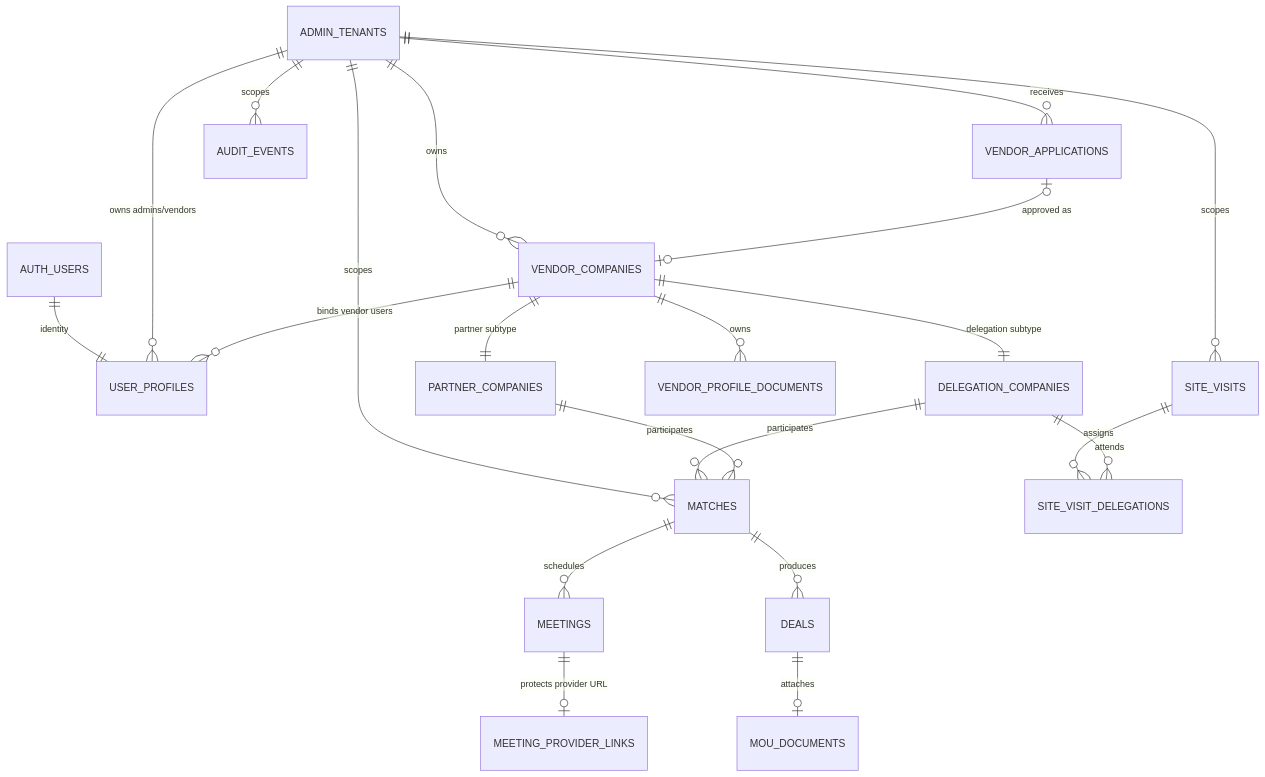
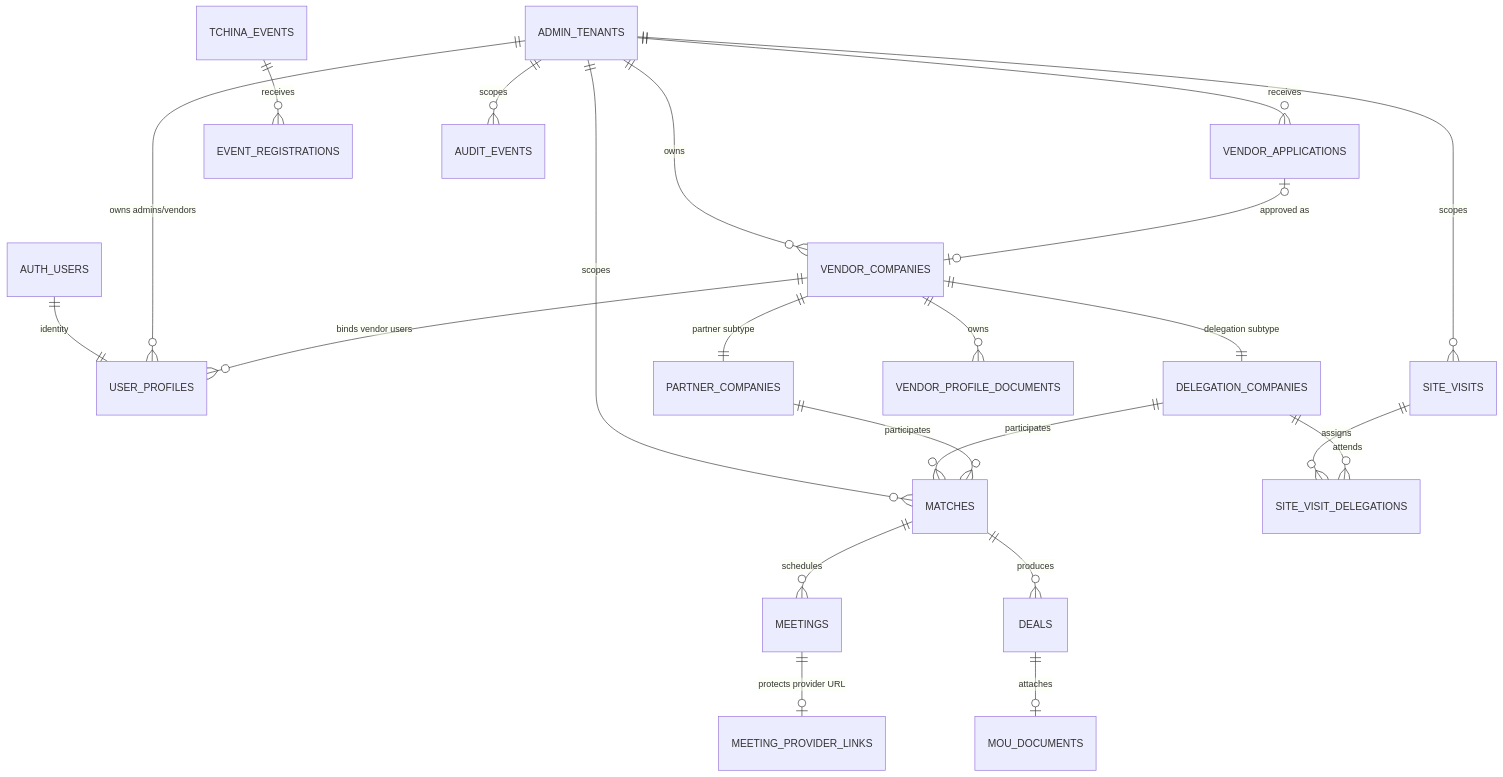
Before and after one commit to AGA-Ventures/plexus: the diagram in docs/architecture/database-schema.md, drawn with Mermaid. The commit also changed other lines of this file and 154 other files, not shown here.

````diff
--- a/docs/architecture/database-schema.md
+++ b/docs/architecture/database-schema.md
@@ -34,23 +37,24 @@
 ```mermaid
 erDiagram
     AUTH_USERS ||--|| USER_PROFILES : "identity"
     ADMIN_TENANTS ||--o{ USER_PROFILES : "owns admins/vendors"
     ADMIN_TENANTS ||--o{ VENDOR_COMPANIES : "owns"
     ADMIN_TENANTS ||--o{ VENDOR_APPLICATIONS : "receives"
+    TCHINA_EVENTS ||--o{ EVENT_REGISTRATIONS : "receives"
     VENDOR_APPLICATIONS o|--o| VENDOR_COMPANIES : "approved as"
     VENDOR_COMPANIES ||--|| DELEGATION_COMPANIES : "delegation subtype"
     VENDOR_COMPANIES ||--|| PARTNER_COMPANIES : "partner subtype"
     VENDOR_COMPANIES ||--o{ USER_PROFILES : "binds vendor users"
     VENDOR_COMPANIES ||--o{ VENDOR_PROFILE_DOCUMENTS : "owns"
     ADMIN_TENANTS ||--o{ MATCHES : "scopes"
     DELEGATION_COMPANIES ||--o{ MATCHES : "participates"
     PARTNER_COMPANIES ||--o{ MATCHES : "participates"
     MATCHES ||--o{ MEETINGS : "schedules"
     MEETINGS ||--o| MEETING_PROVIDER_LINKS : "protects provider URL"
     MATCHES ||--o{ DEALS : "produces"
     DEALS ||--o| MOU_DOCUMENTS : "attaches"
     ADMIN_TENANTS ||--o{ SITE_VISITS : "scopes"
     SITE_VISITS ||--o{ SITE_VISIT_DELEGATIONS : "assigns"
     DELEGATION_COMPANIES ||--o{ SITE_VISIT_DELEGATIONS : "attends"
     ADMIN_TENANTS ||--o{ AUDIT_EVENTS : "scopes"
 ```
````
